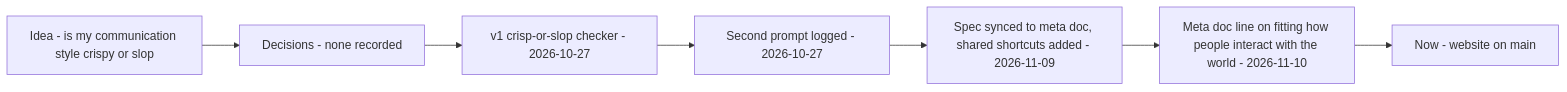
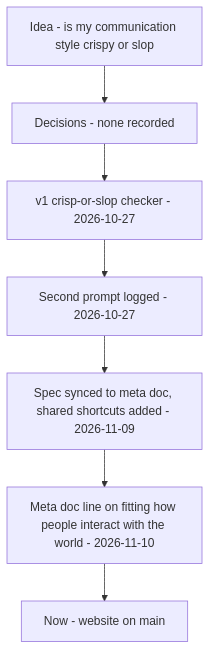
One commit to amalmehta/AmISlop changed the first of 3 diagrams in docs/HOW-IT-WAS-BUILT.md. Above: the diagram before and after it, drawn with Mermaid.

Commit message:
Draw the build history top to bottom so it stays readable

````diff
--- a/docs/HOW-IT-WAS-BUILT.md
+++ b/docs/HOW-IT-WAS-BUILT.md
@@ -8,11 +8,11 @@
 ```mermaid
-flowchart LR
+flowchart TD
   idea["Idea - is my communication style crispy or slop"]
   dec["Decisions - none recorded"]
   m1["v1 crisp-or-slop checker - 2026-10-27"]
   m2["Second prompt logged - 2026-10-27"]
   m3["Spec synced to meta doc, shared shortcuts added - 2026-11-09"]
   m4["Meta doc line on fitting how people interact with the world - 2026-11-10"]
   now["Now - website on main"]
   idea --> dec --> m1 --> m2 --> m3 --> m4 --> now
 ```
````
